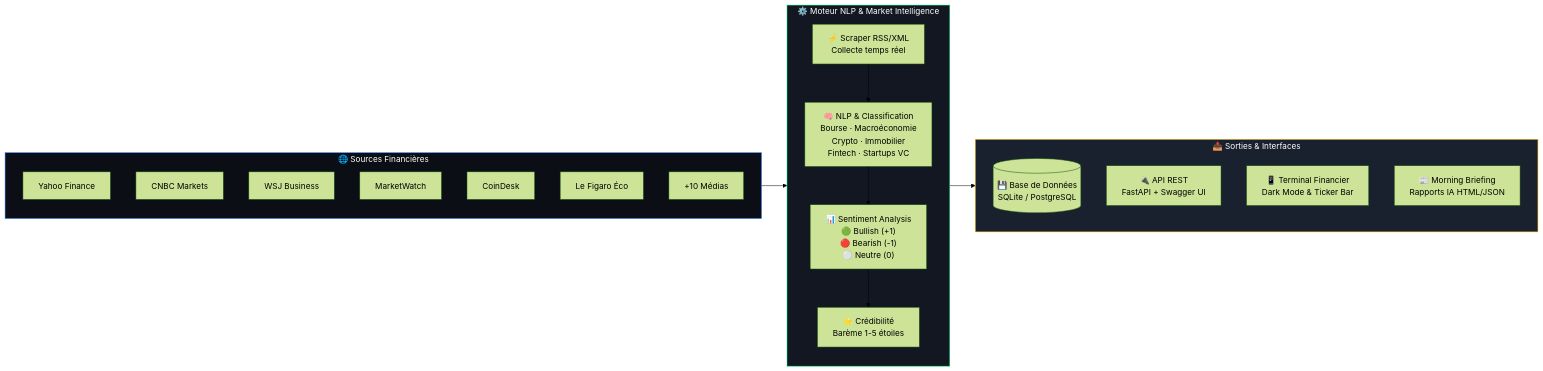
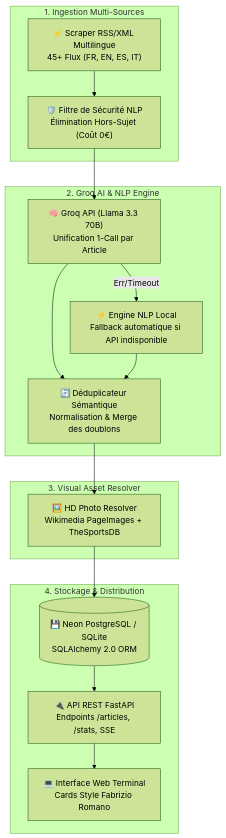
Before and after one commit to AymanTN1/sports-scraping: the diagram in README.md, drawn with Mermaid (forest theme). The commit also changed other lines of this file, not shown here.

Commit message:
docs: update README.md with professional engineering architecture and setup instructions

````diff
--- a/README.md
+++ b/README.md
@@ -19,34 +19,34 @@
 ```mermaid
-flowchart LR
-    subgraph SOURCES["🌐 Sources Financières"]
-        S1["Yahoo Finance"]
-        S2["CNBC Markets"]
-        S3["WSJ Business"]
-        S4["MarketWatch"]
-        S5["CoinDesk"]
-        S6["Le Figaro Éco"]
-        S7["+10 Médias"]
+flowchart TD
+    subgraph INGESTION ["1. Ingestion Multi-Sources"]
+        RSS["⚡ Scraper RSS/XML Multilingue\n45+ Flux (FR, EN, ES, IT)"]
+        FILTER["🛡️ Filtre de Sécurité NLP\nÉlimination Hors-Sujet (Coût 0€)"]
+        RSS --> FILTER
     end
 
-    subgraph ENGINE["⚙️ Moteur NLP & Market Intelligence"]
-        direction TB
-        SCRAPE["⚡ Scraper RSS/XML\nCollecte temps réel"]
-        NLP["🧠 NLP & Classification\nBourse · Macroéconomie\nCrypto · Immobilier\nFintech · Startups VC"]
-        SENT["📊 Sentiment Analysis\n🟢 Bullish (+1)\n🔴 Bearish (-1)\n⚪ Neutre (0)"]
-        CRED["⭐ Crédibilité\nBarème 1-5 étoiles"]
-        SCRAPE --> NLP --> SENT --> CRED
+    subgraph BRAIN ["2. Groq AI & NLP Engine"]
+        AI["🧠 Groq API (Llama 3.3 70B)\nUnification 1-Call par Article"]
+        FALLBACK["⚡ Engine NLP Local\nFallback automatique si API indisponible"]
+        DEDUP["🔄 Déduplicateur Sémantique\nNormalisation & Merge des doublons"]
+
+        FILTER --> AI
+        AI -- Err/Timeout --> FALLBACK
+        AI --> DEDUP
+        FALLBACK --> DEDUP
     end
 
-    subgraph OUTPUT["📤 Sorties & Interfaces"]
-        DB[("💾 Base de Données\nSQLite / PostgreSQL")]
-        API["🔌 API REST\nFastAPI + Swagger UI"]
-        DASH["📱 Terminal Financier\nDark Mode & Ticker Bar"]
-        REPORT["📰 Morning Briefing\nRapports IA HTML/JSON"]
+    subgraph ASSETS ["3. Visual Asset Resolver"]
+        IMG["🖼️ HD Photo Resolver\nWikimedia PageImages + TheSportsDB"]
+        DEDUP --> IMG
     end
 
-    SOURCES --> ENGINE --> OUTPUT
+    subgraph PERSISTENCE ["4. Stockage & Distribution"]
+        DB[("💾 Neon PostgreSQL / SQLite\nSQLAlchemy 2.0 ORM")]
+        API["🔌 API REST FastAPI\nEndpoints /articles, /stats, SSE"]
+        UI["💻 Interface Web Terminal\nCards Style Fabrizio Romano"]
 
-    style SOURCES fill:#0b0e14,stroke:#2979ff,color:#fff
-    style ENGINE fill:#121721,stroke:#00e676,color:#fff
-    style OUTPUT fill:#19202e,stroke:#ffb800,color:#fff
+        IMG --> DB
+        DB --> API
+        API --> UI
+    end
 ```
````
